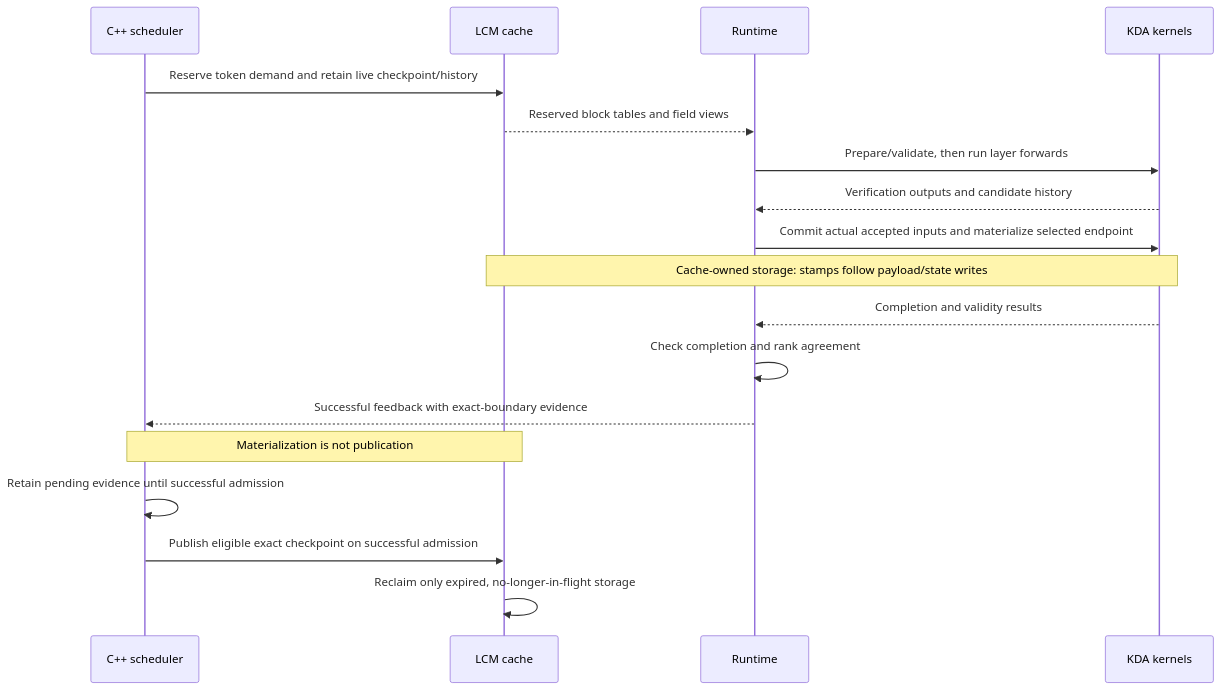
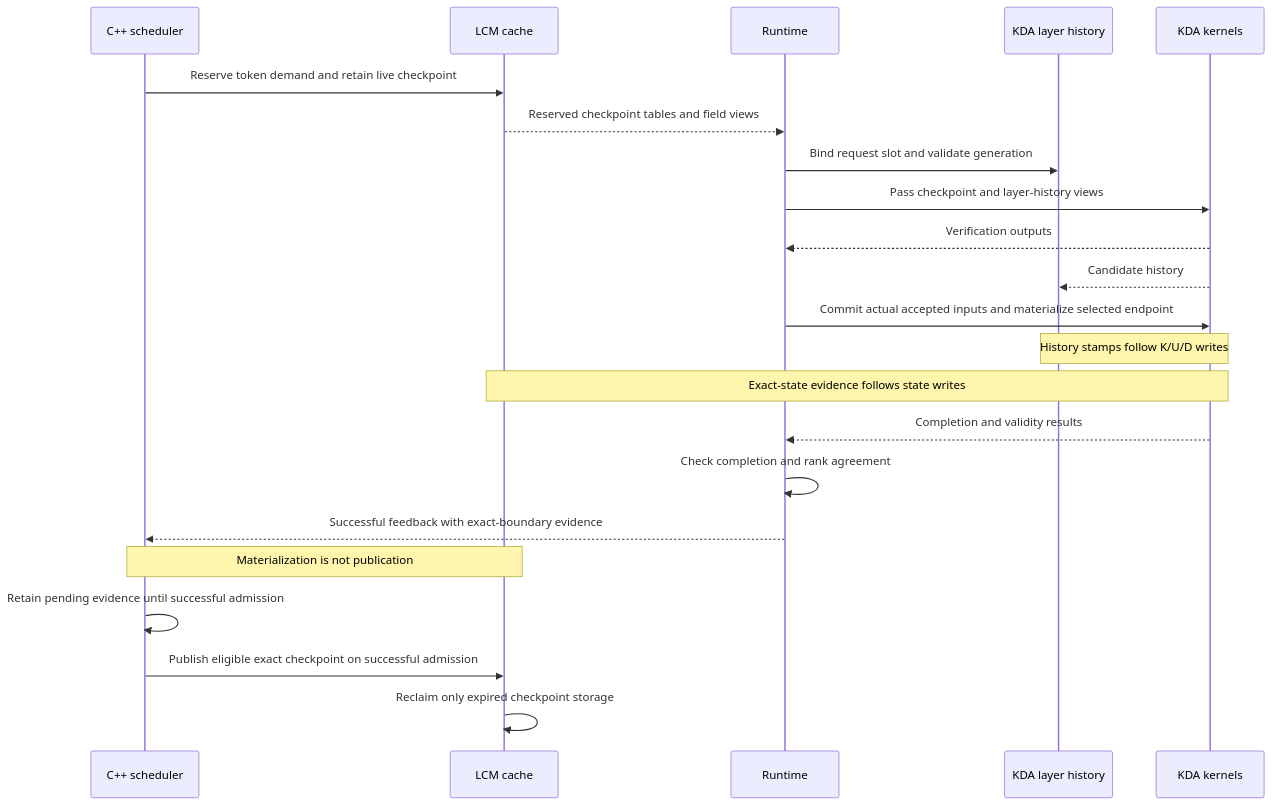
One commit to byshiue/tokenspeed changed the first of 2 diagrams in docs/design/kda-replay-ssm-design.md. Above: the diagram before and after it, drawn with Mermaid. The commit also changed other lines of this file and 2 other files, not shown here.

Commit message:
docs(kda): define two-PR RecoverSSM implementation and validation

````diff
--- a/docs/design/kda-replay-ssm-design.md
+++ b/docs/design/kda-replay-ssm-design.md
@@ -227,20 +265,24 @@
 ```mermaid
 sequenceDiagram
     participant S as C++ scheduler
     participant C as LCM cache
     participant R as Runtime
+    participant H as KDA layer history
     participant K as KDA kernels
-    S->>C: Reserve token demand and retain live checkpoint/history
-    C-->>R: Reserved block tables and field views
-    R->>K: Prepare/validate, then run layer forwards
-    K-->>R: Verification outputs and candidate history
+    S->>C: Reserve token demand and retain live checkpoint
+    C-->>R: Reserved checkpoint tables and field views
+    R->>H: Bind request slot and validate generation
+    R->>K: Pass checkpoint and layer-history views
+    K-->>R: Verification outputs
+    K-->>H: Candidate history
     R->>K: Commit actual accepted inputs and materialize selected endpoint
-    Note over C,K: Cache-owned storage: stamps follow payload/state writes
+    Note over H,K: History stamps follow K/U/D writes
+    Note over C,K: Exact-state evidence follows state writes
     K-->>R: Completion and validity results
     R->>R: Check completion and rank agreement
     R-->>S: Successful feedback with exact-boundary evidence
     Note over S,C: Materialization is not publication
     S->>S: Retain pending evidence until successful admission
     S->>C: Publish eligible exact checkpoint on successful admission
-    C->>C: Reclaim only expired, no-longer-in-flight storage
+    C->>C: Reclaim only expired checkpoint storage
 ```
````
